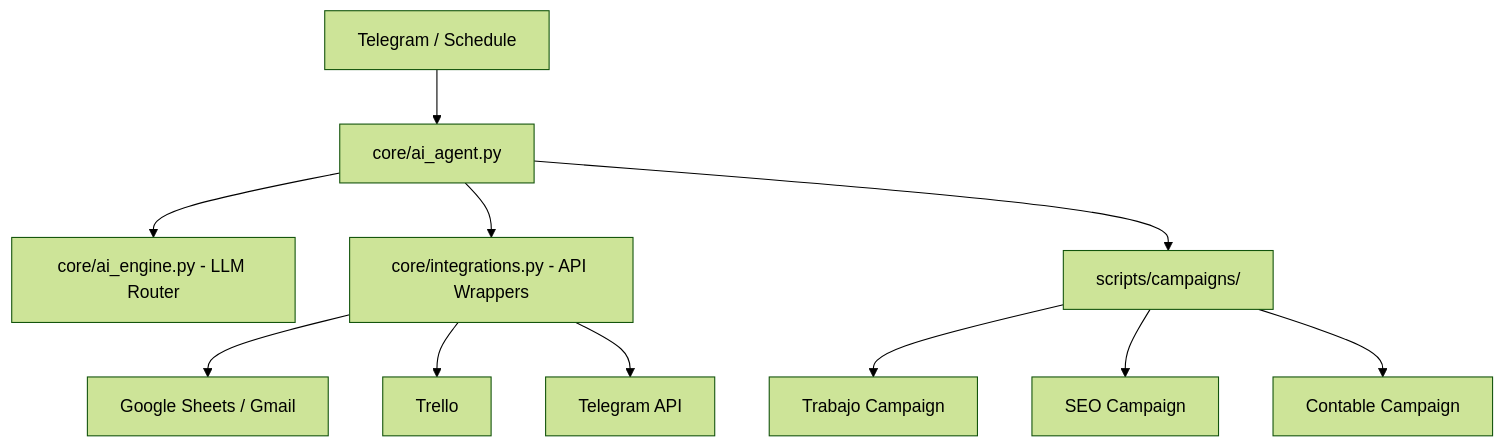
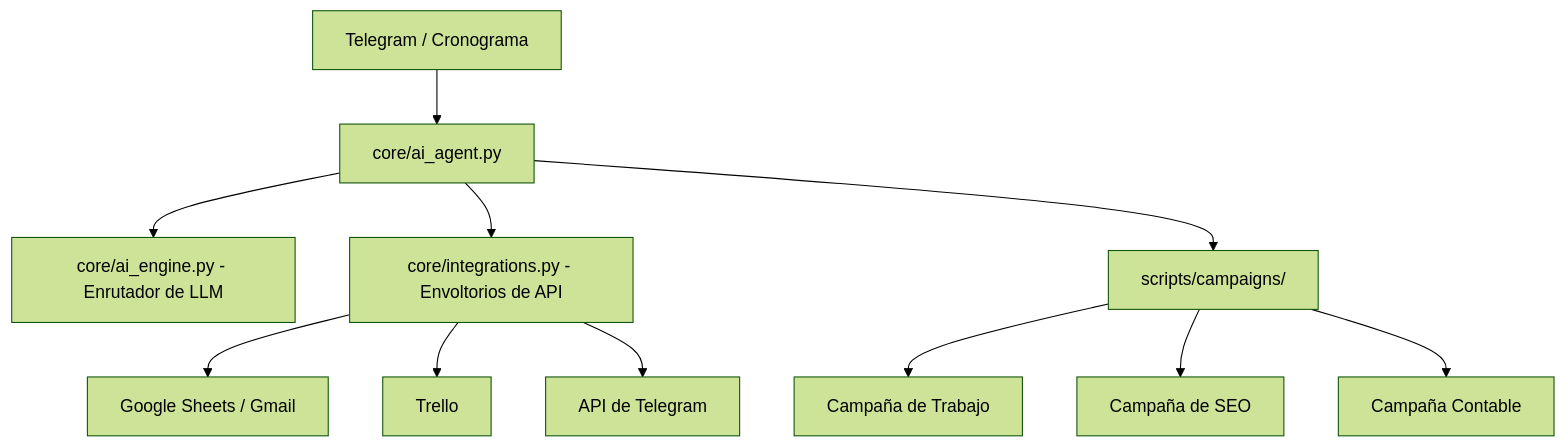
One commit to selvaggiesteban/AI_Agent changed the diagram in README.md. Above: the diagram before and after it, drawn with Mermaid (forest theme). The commit also changed other lines of this file, not shown here.

````diff
--- a/README.md
+++ b/README.md
@@ -62,13 +66,13 @@
 ```mermaid
 graph TD
-    A[Telegram / Schedule] --> B[core/ai_agent.py]
-    B --> C[core/ai_engine.py - LLM Router]
-    B --> D[core/integrations.py - API Wrappers]
+    A[Telegram / Cronograma] --> B[core/ai_agent.py]
+    B --> C[core/ai_engine.py - Enrutador de LLM]
+    B --> D[core/integrations.py - Envoltorios de API]
     D --> E[Google Sheets / Gmail]
     D --> F[Trello]
-    D --> G[Telegram API]
+    D --> G[API de Telegram]
     B --> H[scripts/campaigns/]
-    H --> I[Trabajo Campaign]
-    H --> J[SEO Campaign]
-    H --> K[Contable Campaign]
+    H --> I[Campaña de Trabajo]
+    H --> J[Campaña de SEO]
+    H --> K[Campaña Contable]
 ```
````
